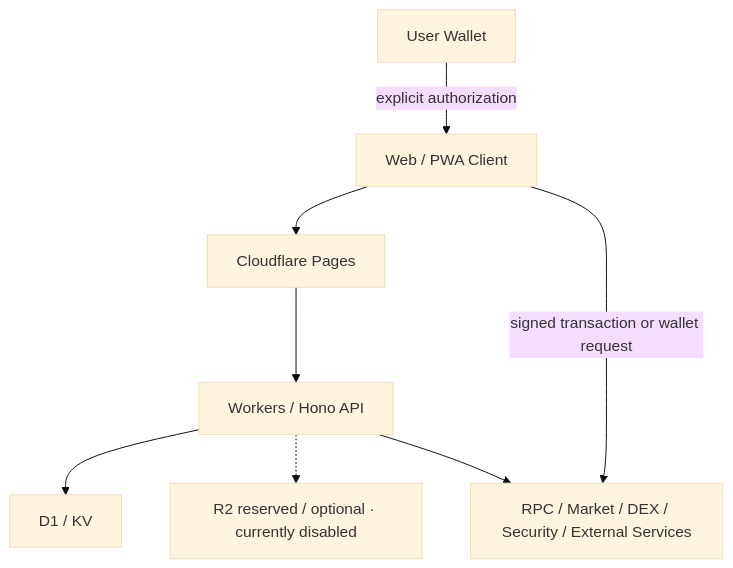
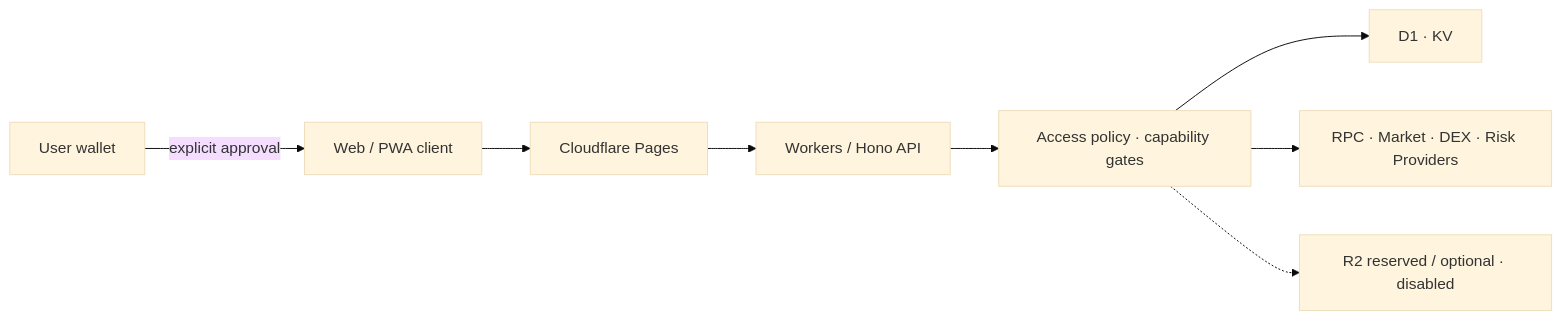
One commit to goosun-io/whaleland-public changed the diagram in README.md. Above: the diagram before and after it, drawn with Mermaid (base theme). The commit also changed other lines of this file and 4 other files, not shown here.

````diff
--- a/README.md
+++ b/README.md
@@ -70,10 +125,10 @@
 ```mermaid
-flowchart TD
-    Client["Web / PWA Client"] --> Pages["Cloudflare Pages"]
-    Pages --> Edge["Workers / Hono API"]
-    Edge --> Storage["D1 / KV"]
-    Edge -.-> R2["R2 reserved / optional · currently disabled"]
-    Edge --> Providers["RPC / Market / DEX / Security / External Services"]
-    Wallet["User Wallet"] -->|"explicit authorization"| Client
-    Client -->|"signed transaction or wallet request"| Providers
+flowchart LR
+    User["Web / PWA client"] --> Pages["Cloudflare Pages"]
+    Pages --> API["Workers / Hono API"]
+    API --> Policy["Access policy · capability gates"]
+    Policy --> Data["D1 · KV"]
+    Policy --> Providers["RPC · Market · DEX · Risk Providers"]
+    Wallet["User wallet"] -->|"explicit approval"| User
+    Policy -.-> R2["R2 reserved / optional · disabled"]
 ```
````
